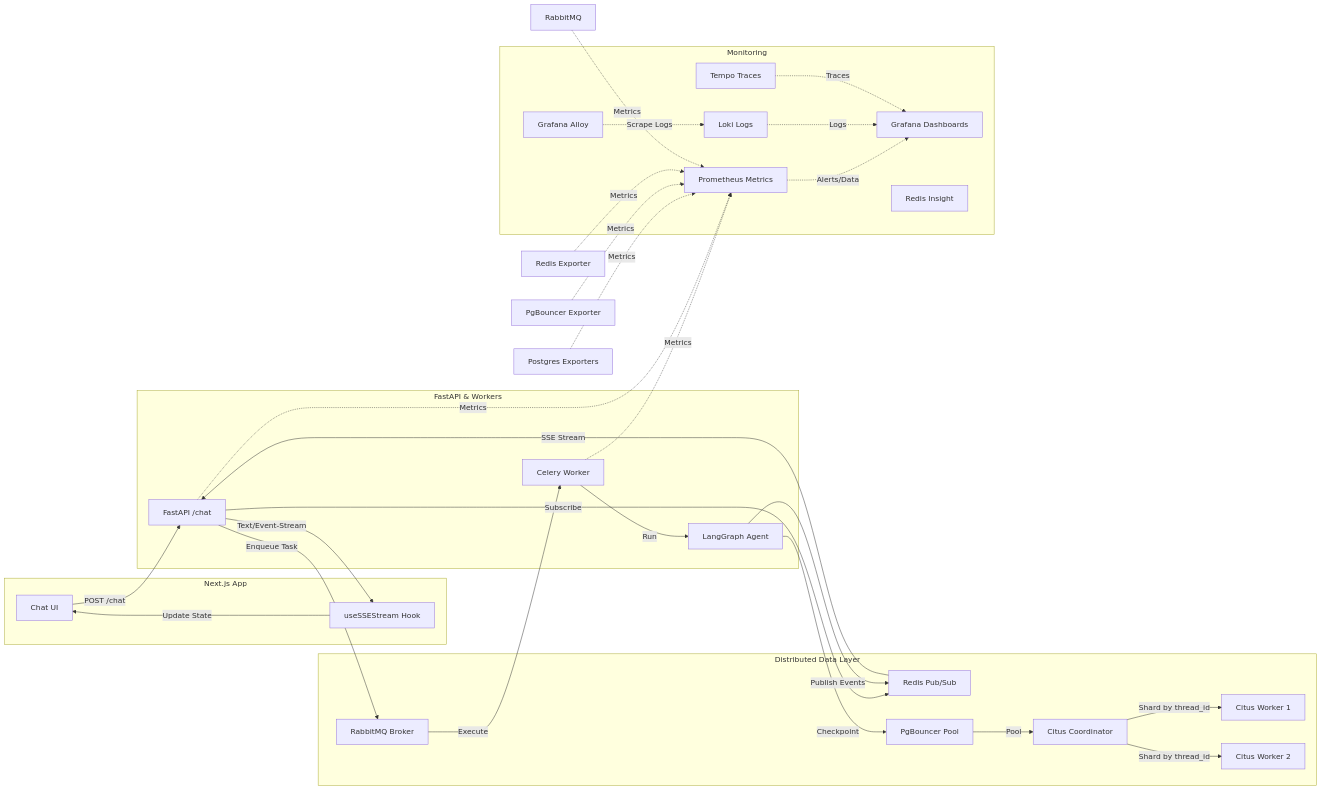
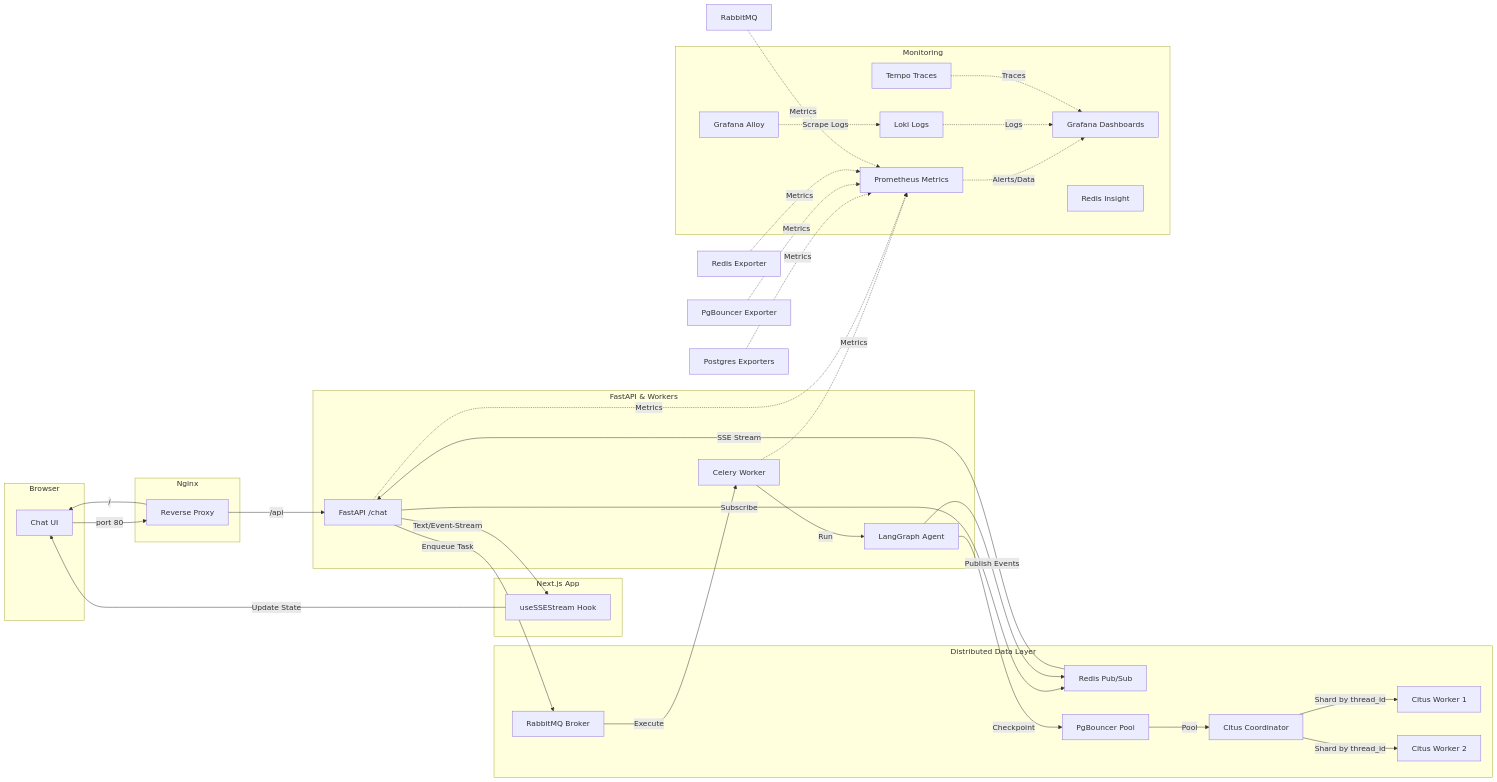
Before and after one commit to tituslhy/fictional-bassoon: the diagram in README.md, drawn with Mermaid. The commit also changed other lines of this file and 4 other files, not shown here.

````diff
--- a/README.md
+++ b/README.md
@@ -11,63 +11,73 @@
 ```mermaid
 %%{init: {'flowchart': {'useMaxWidth': false, 'curve': 'basis'}}}%%
 graph LR
+    subgraph Client [Browser]
+        UI[Chat UI]
+    end
+
+    subgraph Proxy [Nginx]
+        NG[Reverse Proxy]
+    end
+
     subgraph Frontend [Next.js App]
-        UI[Chat UI]
         SSE[useSSEStream Hook]
     end
 
     subgraph Backend [FastAPI & Workers]
         API[FastAPI /chat]
         Worker[Celery Worker]
         Agent[LangGraph Agent]
     end
 
     subgraph Infrastructure [Distributed Data Layer]
         Broker[RabbitMQ Broker]
         PubSub[Redis Pub/Sub]
         PgB[PgBouncer Pool]
         CitusC[Citus Coordinator]
         CW1[Citus Worker 1]
         CW2[Citus Worker 2]
     end
 
     subgraph Monitoring
         Alloy[Grafana Alloy]
         Loki[Loki Logs]
         Prom[Prometheus Metrics]
         Tempo[Tempo Traces]
         Grafana[Grafana Dashboards]
         Insight[Redis Insight]
     end
 
     %% Flow
-    UI -->|POST /chat| API
+    UI -->|port 80| NG
+    NG -->|/| UI
+    NG -->|/api| API
+    
     API -->|Subscribe| PubSub
     API -->|Enqueue Task| Broker
     Broker -->|Execute| Worker
     Worker -->|Run| Agent
     
     %% DB Flow
     Agent -->|Checkpoint| PgB
     PgB -->|Pool| CitusC
     CitusC -->|Shard by thread_id| CW1
     CitusC -->|Shard by thread_id| CW2
     
     Agent -->|Publish Events| PubSub
     PubSub -->|SSE Stream| API
     API -->|Text/Event-Stream| SSE
     SSE -->|Update State| UI
 
     %% Observability
     Worker -.->|Metrics| Prom
     API -.->|Metrics| Prom
     PostgresExporter[Postgres Exporters] -.->|Metrics| Prom
     PgBExporter[PgBouncer Exporter] -.->|Metrics| Prom
     RedisExporter[Redis Exporter] -.->|Metrics| Prom
     RabbitMQ -.->|Metrics| Prom
     
     Alloy -.->|Scrape Logs| Loki
     Prom -.->|Alerts/Data| Grafana
     Loki -.->|Logs| Grafana
     Tempo -.->|Traces| Grafana
 ```
````
